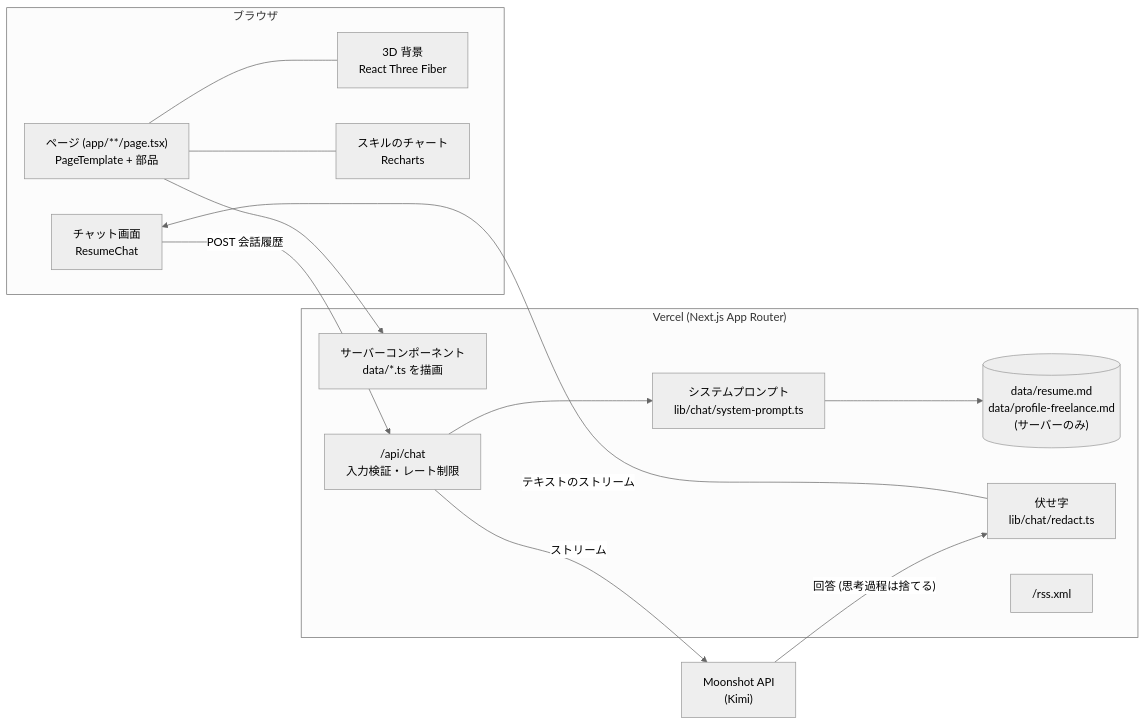
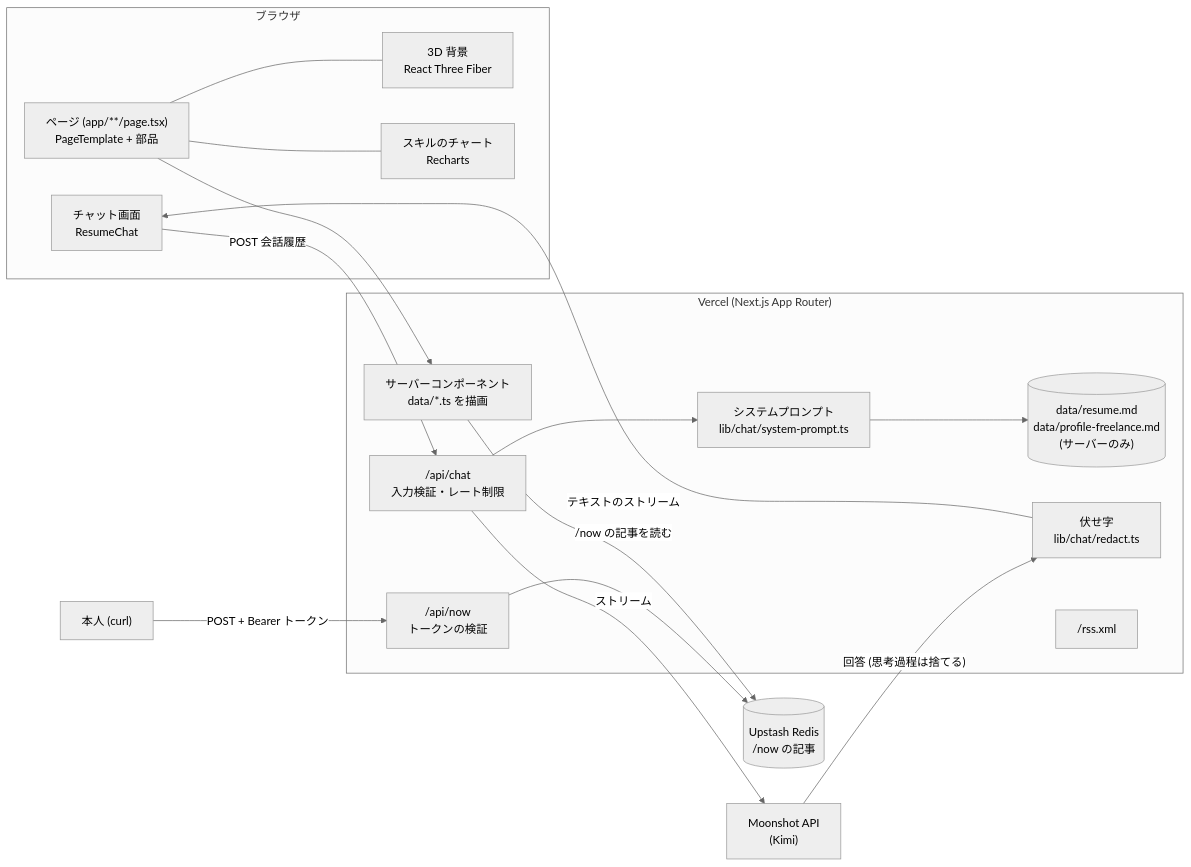
The first of 2 diagrams in README.md (reeschan/my-portfolio-second), drawn with Mermaid (neutral theme) before and after one commit. The commit also changed other lines of this file and 36 other files, not shown here.

First line of the commit message:
feat: /now をトークン付きの POST で投稿できるブログ風にする (PBI-0004)

````diff
--- a/README.md
+++ b/README.md
@@ -24,30 +25,37 @@
 ```mermaid
 flowchart LR
   subgraph Browser["ブラウザ"]
     UI["ページ (app/**/page.tsx)<br/>PageTemplate + 部品"]
     BG["3D 背景<br/>React Three Fiber"]
     Chart["スキルのチャート<br/>Recharts"]
     ChatUI["チャット画面<br/>ResumeChat"]
   end
 
   subgraph Vercel["Vercel (Next.js App Router)"]
     RSC["サーバーコンポーネント<br/>data/*.ts を描画"]
     ChatAPI["/api/chat<br/>入力検証・レート制限"]
     Prompt["システムプロンプト<br/>lib/chat/system-prompt.ts"]
     Docs[("data/resume.md<br/>data/profile-freelance.md<br/>(サーバーのみ)")]
     Redact["伏せ字<br/>lib/chat/redact.ts"]
     RSS["/rss.xml"]
+    NowAPI["/api/now<br/>トークンの検証"]
   end
+
+  Redis[("Upstash Redis<br/>/now の記事")]
+  Author["本人 (curl)"]
 
   LLM["Moonshot API<br/>(Kimi)"]
 
   UI --> RSC
   UI --- BG
   UI --- Chart
   ChatUI -- "POST 会話履歴" --> ChatAPI
   ChatAPI --> Prompt
   Prompt --> Docs
   ChatAPI -- "ストリーム" --> LLM
   LLM -- "回答 (思考過程は捨てる)" --> Redact
   Redact -- "テキストのストリーム" --> ChatUI
+  Author -- "POST + Bearer トークン" --> NowAPI
+  NowAPI --> Redis
+  RSC -- "/now の記事を読む" --> Redis
 ```
````
